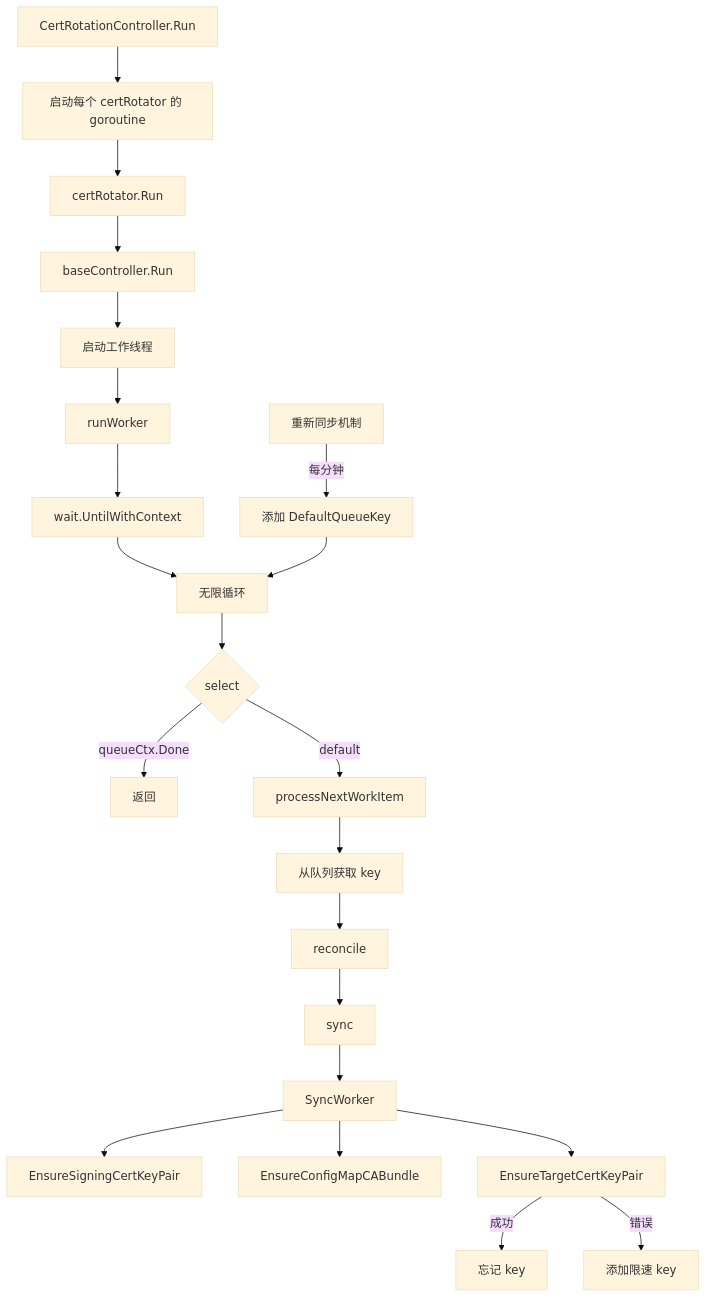
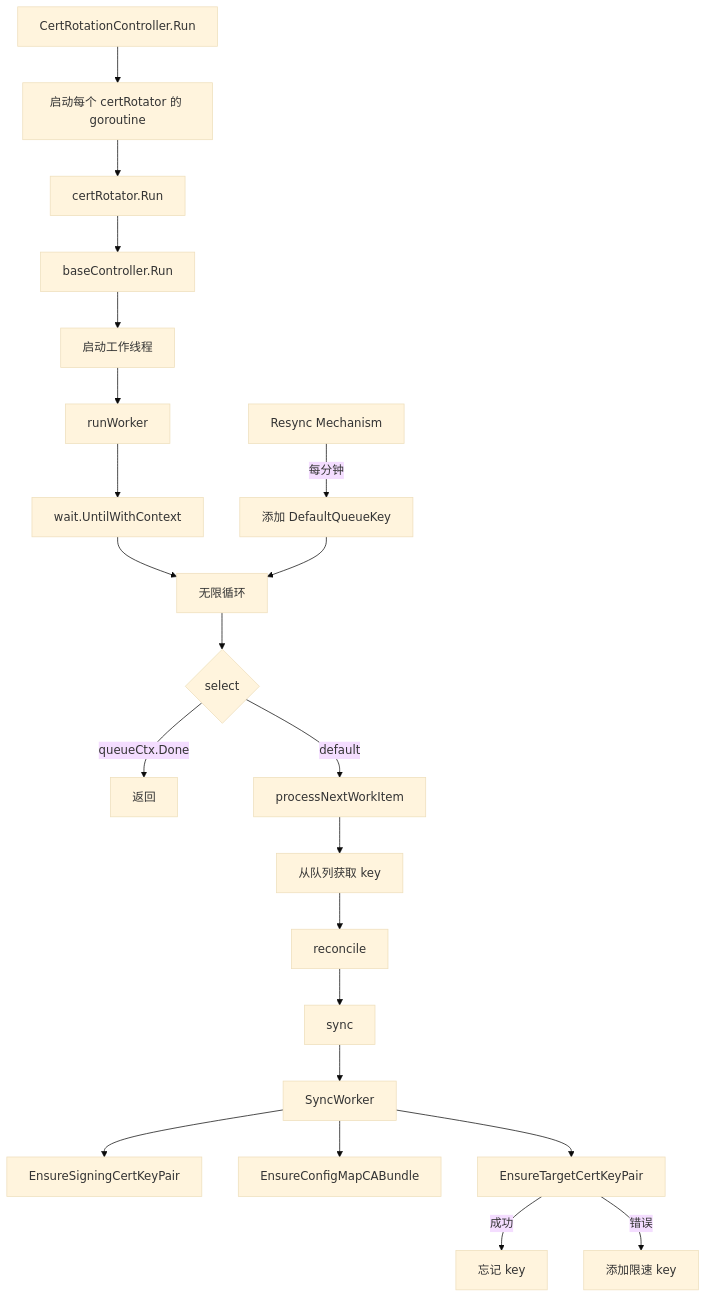
One commit to wangzheng422/cluster-kube-apiserver-operator changed the first of 2 diagrams in wzh.doc/证书更替过程与监控方案.md. Above: the diagram before and after it, drawn with Mermaid (base theme). The commit also changed other lines of this file, not shown here.

````diff
--- a/wzh.doc/证书更替过程与监控方案.md
+++ b/wzh.doc/证书更替过程与监控方案.md
@@ -547,25 +609,25 @@
 ```mermaid
 flowchart TD
     A[CertRotationController.Run] --> B[启动每个 certRotator 的 goroutine]
     B --> C[certRotator.Run]
     C --> D[baseController.Run]
     D --> E[启动工作线程]
     E --> F[runWorker]
     F --> G[wait.UntilWithContext]
     G --> H[无限循环]
     H --> I{select}
     I -->|queueCtx.Done| J[返回]
     I -->|default| K[processNextWorkItem]
     K --> L[从队列获取 key]
     L --> M[reconcile]
     M --> N[sync]
     N --> O[SyncWorker]
     O --> P[EnsureSigningCertKeyPair]
     O --> Q[EnsureConfigMapCABundle]
     O --> R[EnsureTargetCertKeyPair]
     R -->|成功| S[忘记 key]
     R -->|错误| T[添加限速 key]
     
-    Z[重新同步机制] -->|每分钟| AA[添加 DefaultQueueKey]
+    Z[Resync Mechanism] -->|每分钟| AA[添加 DefaultQueueKey]
     AA --> H
 ```
````
